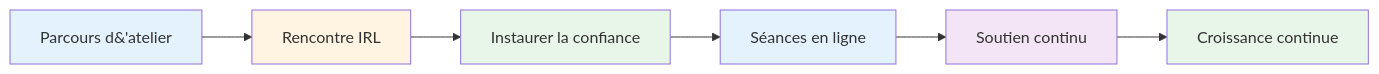
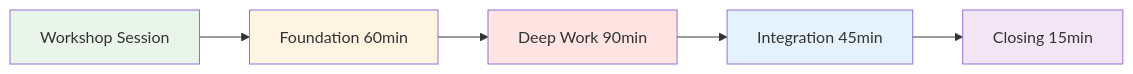
One commit to patwii/petanque-academy changed the first of 4 diagrams in docs/fr/workshop.md. Above: the diagram before and after it, drawn with Mermaid. The commit also changed other lines of this file and 259 other files, not shown here.

````diff
--- a/docs/fr/workshop.md
+++ b/docs/fr/workshop.md
@@ -11,15 +13,13 @@
 ```mermaid
 graph LR
-    A[Parcours d&#39;atelier] --> B[Rencontre IRL]
-    B --> C[Instaurer la confiance]
-    C --> D[Séances en ligne]
-    D --> E[Soutien continu]
-    E --> F[Croissance continue]
+    A[Workshop Session] --> B[Foundation 60min]
+    B --> C[Deep Work 90min]
+    C --> D[Integration 45min]
+    D --> E[Closing 15min]
 
-    style A fill:#e3f2fd
+    style A fill:#e8f5e9
     style B fill:#fff4e1
-    style C fill:#e8f5e9
+    style C fill:#ffe4e1
     style D fill:#e3f2fd
     style E fill:#f3e5f5
-    style F fill:#e8f5e9
 ```
````
